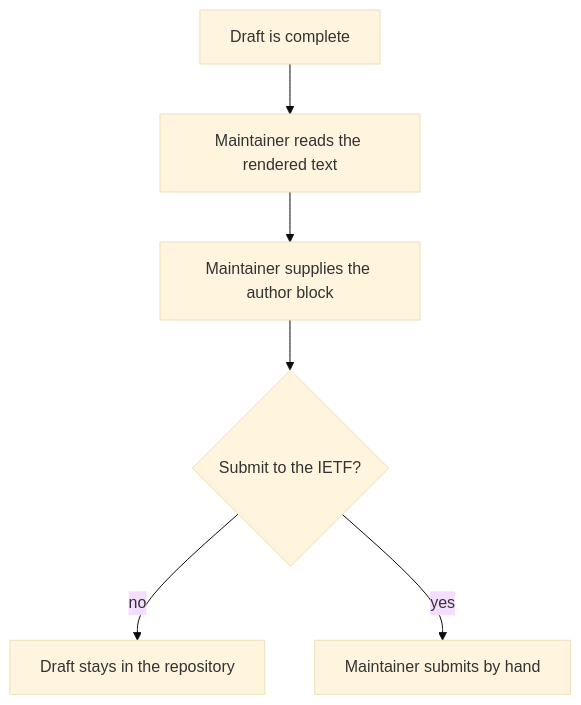
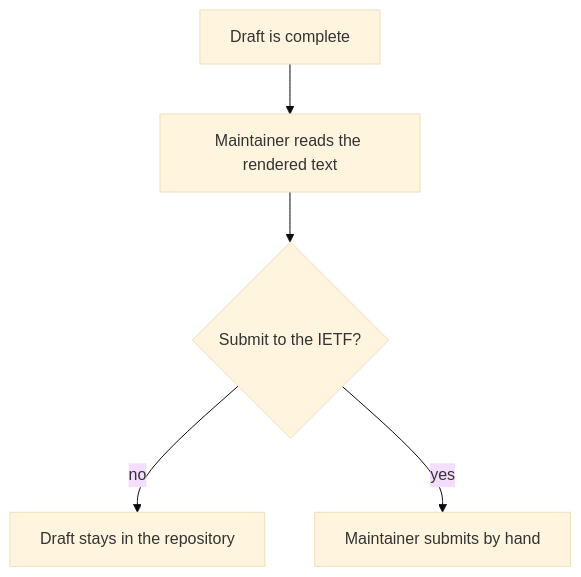
The second of 2 diagrams in docs/specs/features/07-internet-draft.md (Crank-Git/entropy53), drawn with Mermaid (base theme) before and after one commit. The commit also changed other lines of this file and 10 other files, not shown here.

````diff
--- a/docs/specs/features/07-internet-draft.md
+++ b/docs/specs/features/07-internet-draft.md
@@ -60,8 +60,7 @@
 ```mermaid
 flowchart TD
   A[Draft is complete] --> B[Maintainer reads the rendered text]
-  B --> C[Maintainer supplies the author block]
-  C --> D{Submit to the IETF?}
+  B --> D{Submit to the IETF?}
   D -->|no| E[Draft stays in the repository]
   D -->|yes| F[Maintainer submits by hand]
 ```
````
